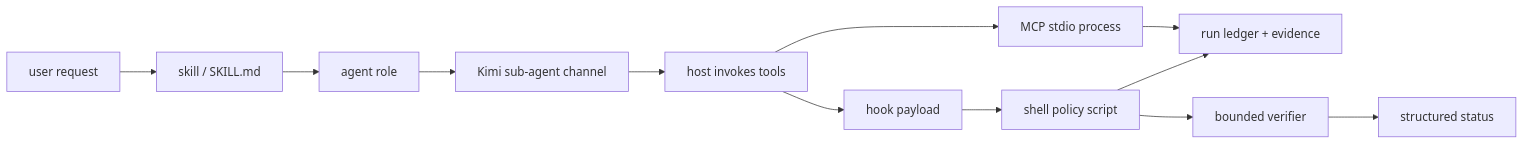
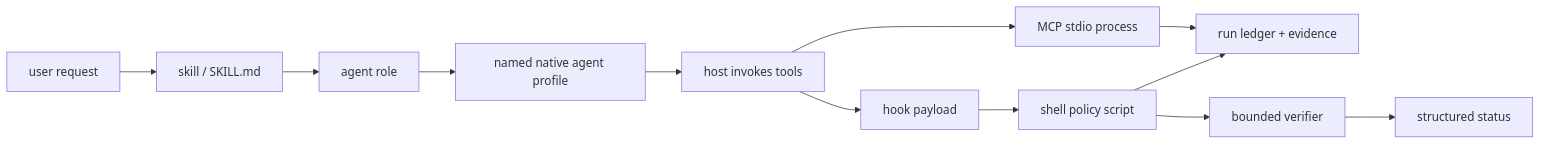
The diagram in lazykimi-plugin/docs/00-learning-path.md (elvinzhao10/LazyKimi), drawn with Mermaid before and after one commit. The commit also changed other lines of this file and 210 other files, not shown here.

First line of the commit message:
Release LazyKimi 1.3.4: safe lifecycle and native adapters (#1)

````diff
--- a/lazykimi-plugin/docs/00-learning-path.md
+++ b/lazykimi-plugin/docs/00-learning-path.md
@@ -8,14 +8,14 @@
 ```mermaid
 flowchart LR
     Request["user request"] --> Policy["skill / SKILL.md"]
     Policy --> Role["agent role"]
-    Role --> SubAgent["Kimi sub-agent channel"]
+    Role --> SubAgent["named native agent profile"]
     SubAgent --> Host["host invokes tools"]
     Host --> Hook["hook payload"]
     Hook --> Script["shell policy script"]
     Script --> Run["run ledger + evidence"]
     Script --> Verify["bounded verifier"]
     Verify --> Result["structured status"]
     Host --> MCP["MCP stdio process"]
     MCP --> Run
 ```
````
